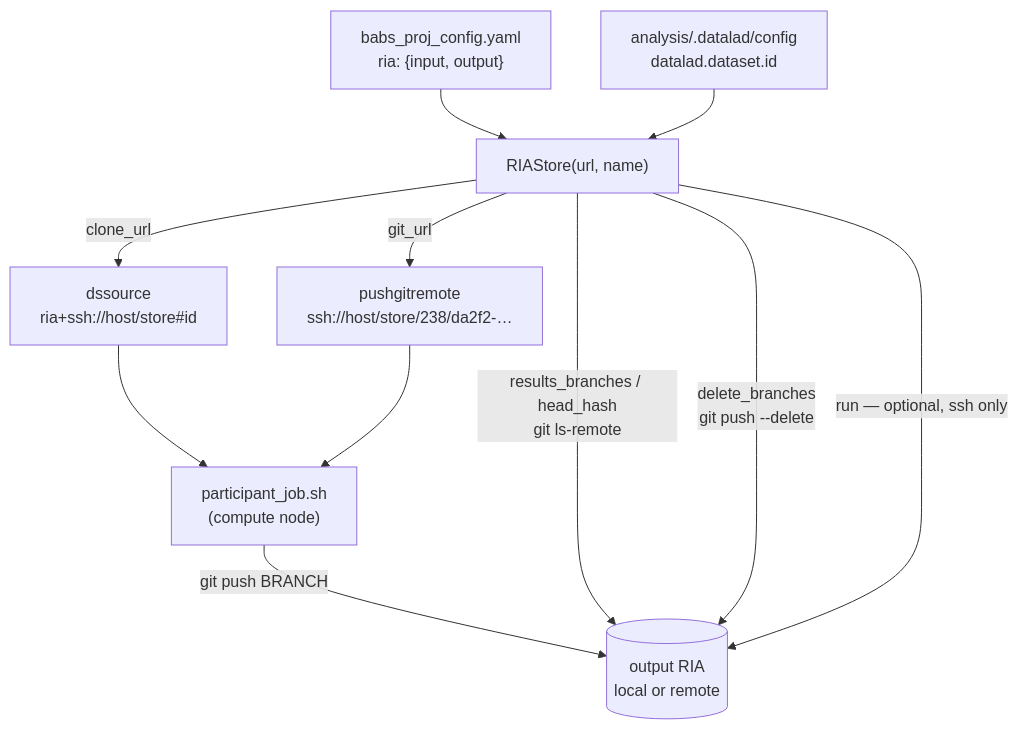
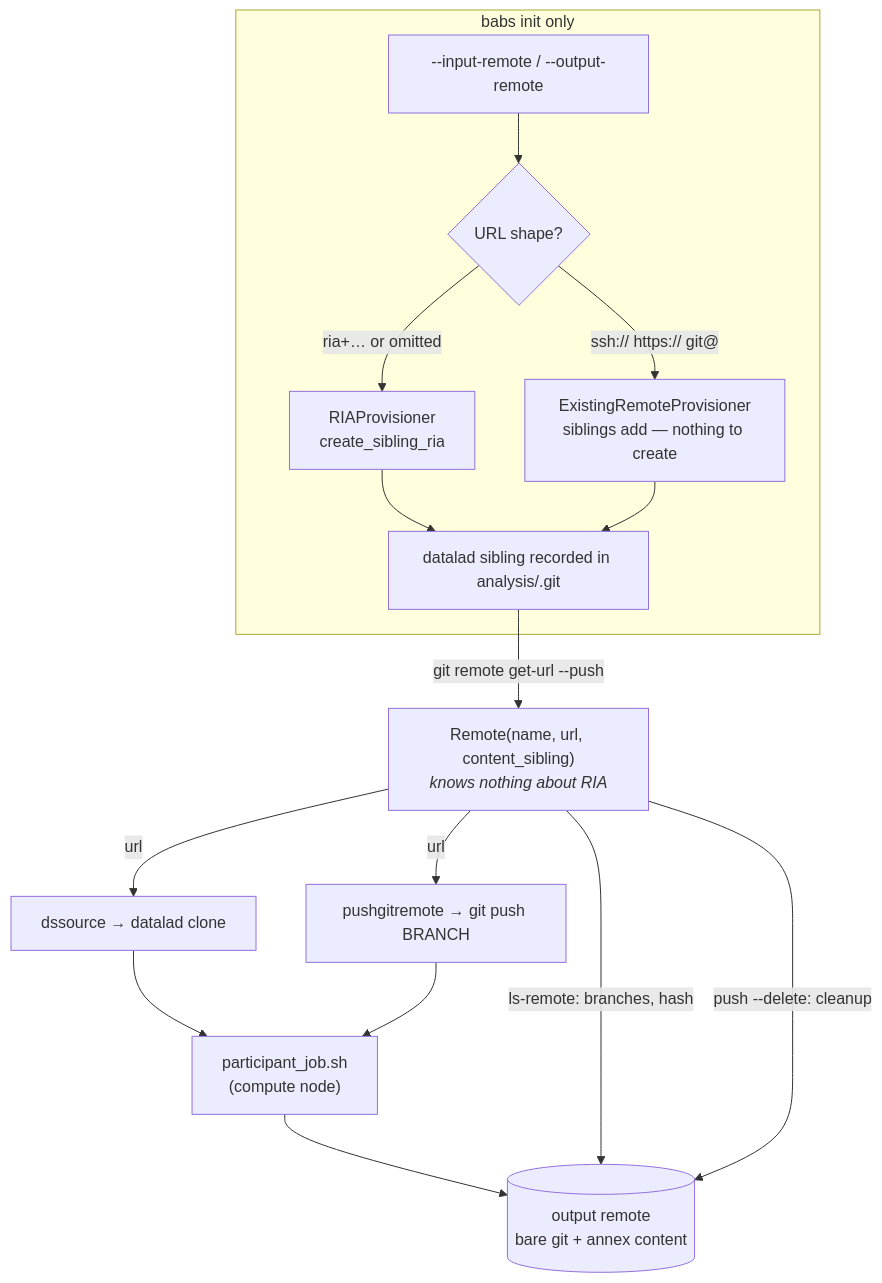
The diagram in design/remote-ria.md (yarikoptic/babs), drawn with Mermaid before and after one commit. The commit also changed other lines of this file, not shown here.

````diff
--- a/design/remote-ria.md
+++ b/design/remote-ria.md
@@ -326,16 +418,21 @@
 ```mermaid
 flowchart TD
-    cfg["babs_proj_config.yaml<br/>ria: {input, output}"] --> store["RIAStore(url, name)"]
-    aid["analysis/.datalad/config<br/>datalad.dataset.id"] --> store
+    subgraph init["babs init only"]
+      cli["--input-remote / --output-remote"] --> prov{"URL shape?"}
+      prov -->|ria+… or omitted| ria["RIAProvisioner<br/>create_sibling_ria"]
+      prov -->|ssh:// https:// git@| exist["ExistingRemoteProvisioner<br/>siblings add — nothing to create"]
+      ria --> sib["datalad sibling recorded in analysis/.git"]
+      exist --> sib
+    end
 
-    store -->|clone_url| dssource["dssource<br/>ria+ssh://host/store#id"]
-    store -->|git_url| push["pushgitremote<br/>ssh://host/store/238/da2f2-…"]
+    sib -->|"git remote get-url --push"| R["Remote(name, url, content_sibling)<br/><i>knows nothing about RIA</i>"]
 
+    R -->|url| dssource["dssource → datalad clone"]
+    R -->|url| push["pushgitremote → git push BRANCH"]
     dssource --> job["participant_job.sh<br/>(compute node)"]
     push --> job
-    job -->|git push BRANCH| ria[("output RIA<br/>local or remote")]
+    job --> out[("output remote<br/>bare git + annex content")]
 
-    store -->|results_branches / head_hash<br/>git ls-remote| ria
-    store -->|delete_branches<br/>git push --delete| ria
-    store -->|run — optional, ssh only| ria
+    R -->|"ls-remote: branches, hash"| out
+    R -->|"push --delete: cleanup"| out
 ```
````
